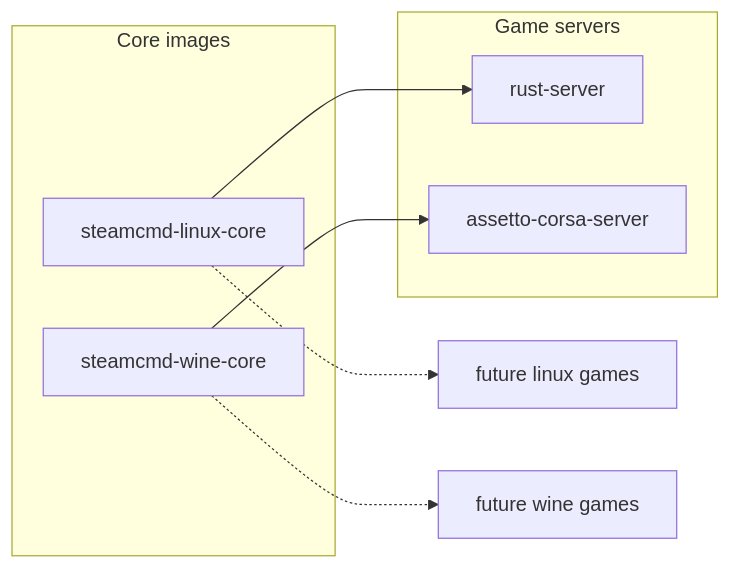
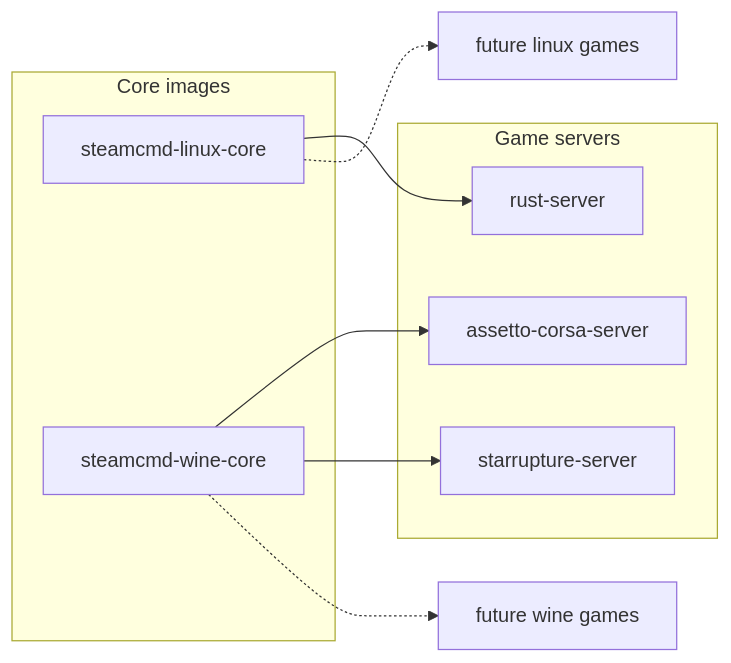
One commit to Monolithoid/steamcmd-servers changed the diagram in README.md. Above: the diagram before and after it, drawn with Mermaid. The commit also changed other lines of this file and 4 other files, not shown here.

Commit message:
Fix StarRupture dependency to wine core

````diff
--- a/README.md
+++ b/README.md
@@ -23,18 +24,20 @@
 ```mermaid
 flowchart LR
     subgraph Core images
         linux_core[steamcmd-linux-core]
         wine_core[steamcmd-wine-core]
     end
 
     subgraph Game servers
         rust[rust-server]
         assetto[assetto-corsa-server]
+        starrupture[starrupture-server]
     end
 
     linux_core --> rust
     wine_core --> assetto
+    wine_core --> starrupture
 
     linux_core .-> future_linux[future linux games]
     wine_core .-> future_wine[future wine games]
 ```
````
